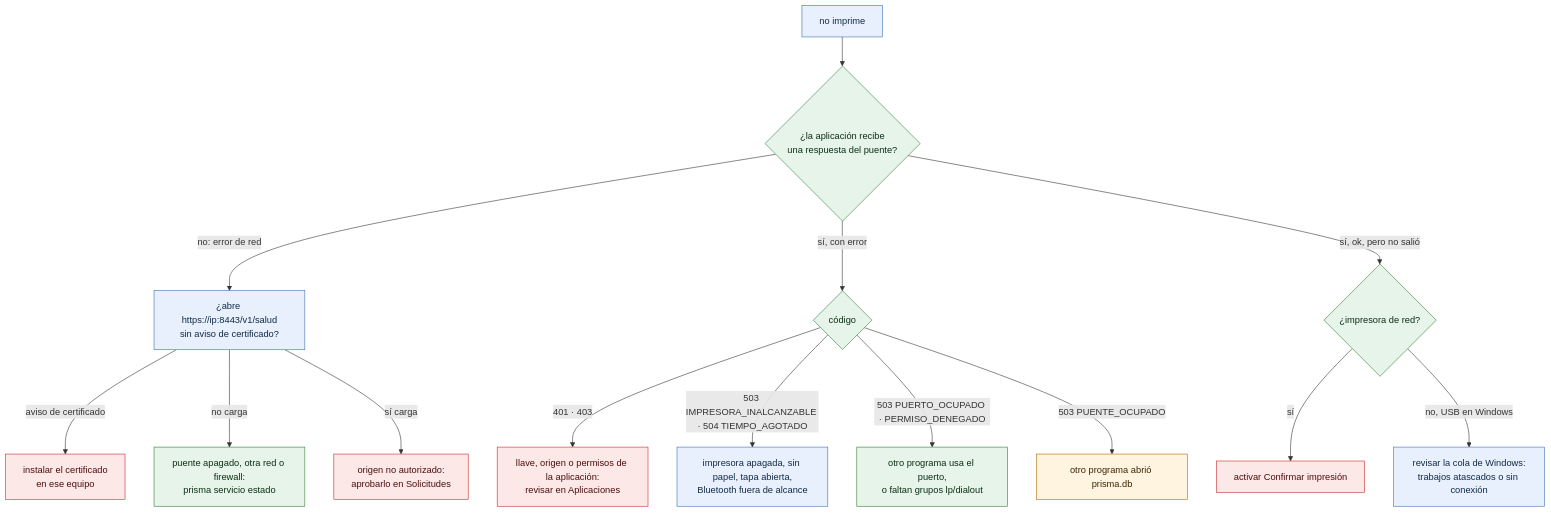
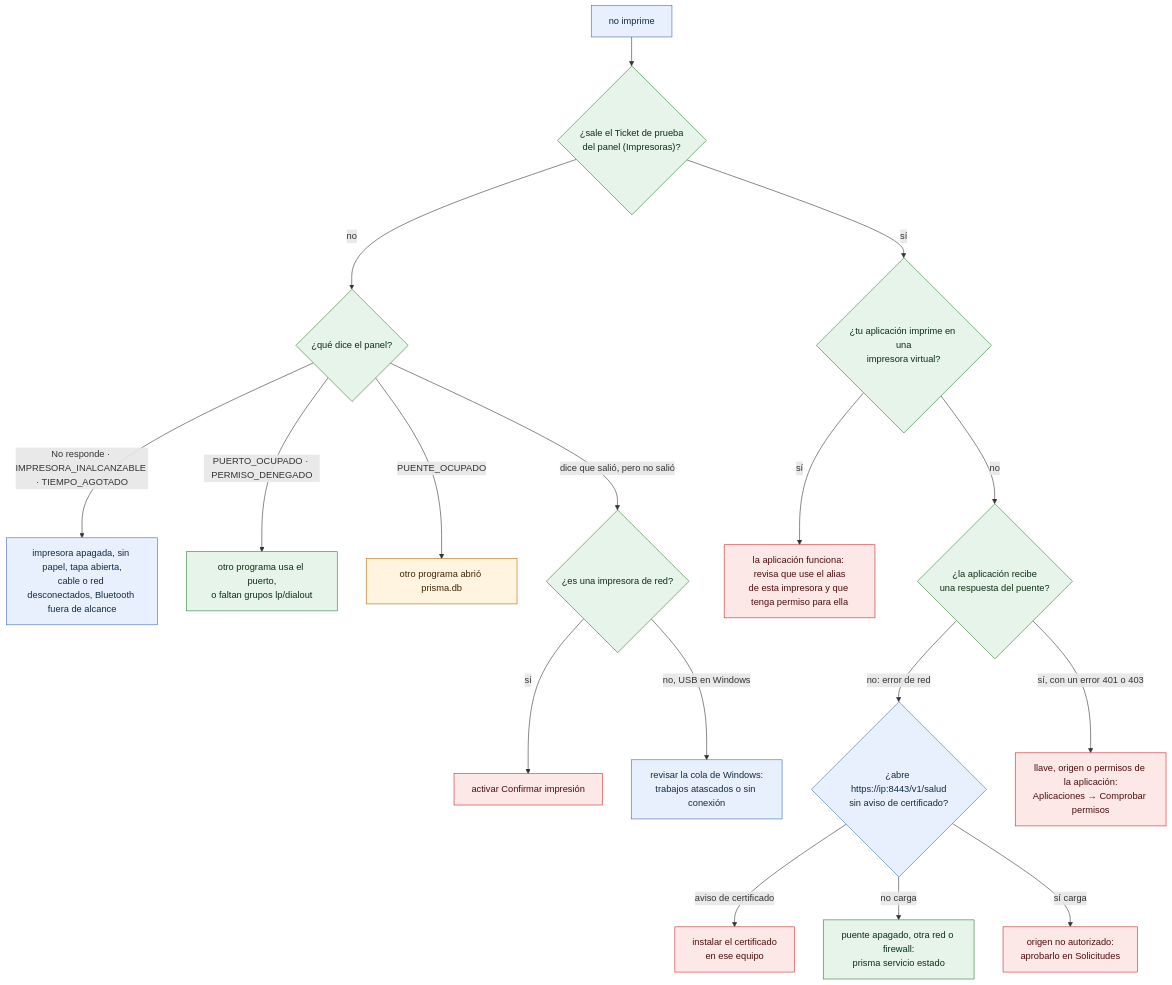
The diagram in docs/diagramas/23-diagnostico-problemas.md (bayalad7/prisma), drawn with Mermaid before and after one commit. The commit also changed other lines of this file and 11 other files, not shown here.

First line of the commit message:
documentacion(prisma): rehace el diagnóstico «no imprime» para el dueño y para el panel

````diff
--- a/docs/diagramas/23-diagnostico-problemas.md
+++ b/docs/diagramas/23-diagnostico-problemas.md
@@ -5,20 +5,23 @@
 ```mermaid
 flowchart TD
-    s["no imprime"]:::externo --> r{"¿la aplicación recibe<br/>una respuesta del puente?"}:::prisma
-    r -- "no: error de red" --> red["¿abre https://ip:8443/v1/salud<br/>sin aviso de certificado?"]:::externo
+    s["no imprime"]:::externo --> p{"¿sale el Ticket de prueba<br/>del panel (Impresoras)?"}:::prisma
+    p -- "no" --> pq{"¿qué dice el panel?"}:::prisma
+    pq -- "No responde · IMPRESORA_INALCANZABLE · TIEMPO_AGOTADO" --> c5["impresora apagada, sin papel, tapa abierta,<br/>cable o red desconectados, Bluetooth fuera de alcance"]:::externo
+    pq -- "PUERTO_OCUPADO · PERMISO_DENEGADO" --> c6["otro programa usa el puerto,<br/>o faltan grupos lp/dialout"]:::prisma
+    pq -- "PUENTE_OCUPADO" --> c7["otro programa abrió prisma.db"]:::datos
+    pq -- "dice que salió, pero no salió" --> ok{"¿es una impresora de red?"}:::prisma
+    ok -- "sí" --> c8["activar Confirmar impresión"]:::seguridad
+    ok -- "no, USB en Windows" --> c9["revisar la cola de Windows:<br/>trabajos atascados o sin conexión"]:::externo
+    p -- "sí" --> v{"¿tu aplicación imprime en una<br/>impresora virtual?"}:::prisma
+    v -- "sí" --> c10["la aplicación funciona: revisa que use el alias<br/>de esta impresora y que tenga permiso para ella"]:::seguridad
+    v -- "no" --> r{"¿la aplicación recibe<br/>una respuesta del puente?"}:::prisma
+    r -- "no: error de red" --> red{"¿abre https://ip:8443/v1/salud<br/>sin aviso de certificado?"}:::externo
     red -- "aviso de certificado" --> c1["instalar el certificado<br/>en ese equipo"]:::seguridad
     red -- "no carga" --> c2["puente apagado, otra red o firewall:<br/>prisma servicio estado"]:::prisma
     red -- "sí carga" --> c3["origen no autorizado:<br/>aprobarlo en Solicitudes"]:::seguridad
-    r -- "sí, con error" --> e{"código"}:::prisma
-    e -- "401 · 403" --> c4["llave, origen o permisos de la aplicación:<br/>revisar en Aplicaciones"]:::seguridad
-    e -- "503 IMPRESORA_INALCANZABLE · 504 TIEMPO_AGOTADO" --> c5["impresora apagada, sin papel, tapa abierta,<br/>Bluetooth fuera de alcance"]:::externo
-    e -- "503 PUERTO_OCUPADO · PERMISO_DENEGADO" --> c6["otro programa usa el puerto,<br/>o faltan grupos lp/dialout"]:::prisma
-    e -- "503 PUENTE_OCUPADO" --> c7["otro programa abrió prisma.db"]:::datos
-    r -- "sí, ok, pero no salió" --> ok{"¿impresora de red?"}:::prisma
-    ok -- sí --> c8["activar Confirmar impresión"]:::seguridad
-    ok -- "no, USB en Windows" --> c9["revisar la cola de Windows:<br/>trabajos atascados o sin conexión"]:::externo
+    r -- "sí, con un error 401 o 403" --> c4["llave, origen o permisos de la aplicación:<br/>Aplicaciones → Comprobar permisos"]:::seguridad
     classDef externo fill:#e8f0fe,stroke:#3b6db3,color:#102a43
     classDef prisma fill:#e6f4ea,stroke:#2f7d32,color:#0b2e13
     classDef datos fill:#fff4e0,stroke:#b26a00,color:#3d2400
     classDef seguridad fill:#fde8e8,stroke:#c62828,color:#4a0d0d
 ```
````
